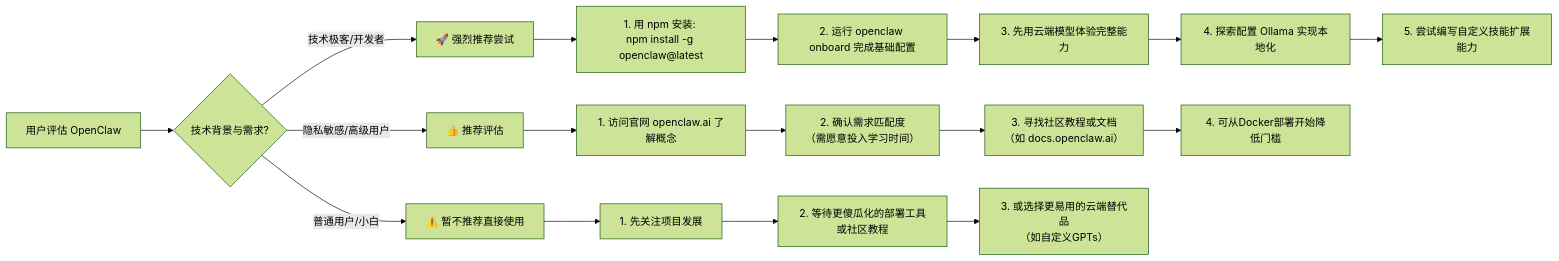
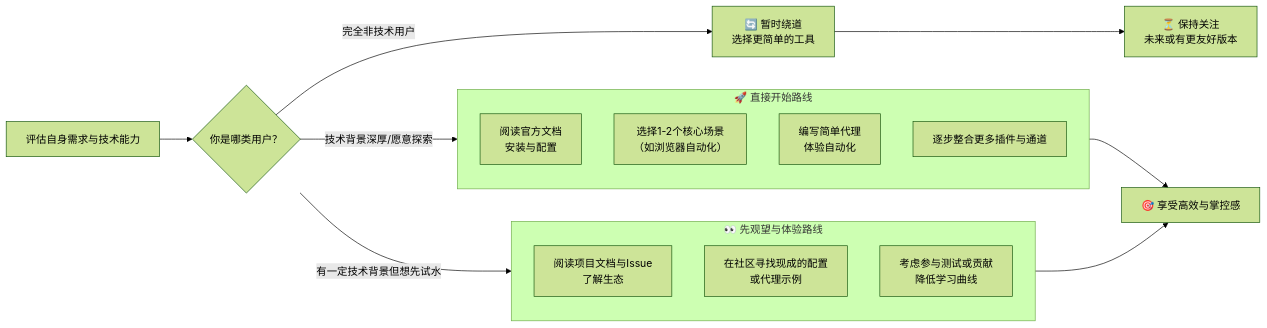
Before and after one commit to iss-tools/github-trending: the second of 2 diagrams in markdown/content/openclaw-openclaw.md, drawn with Mermaid (forest theme). The commit also changed other lines of this file and 57 other files, not shown here.

````diff
--- a/markdown/content/openclaw-openclaw.md
+++ b/markdown/content/openclaw-openclaw.md
@@ -121,22 +159,25 @@
 ```mermaid
 flowchart LR
-    A[用户评估 OpenClaw] --> B{技术背景与需求?}
+    A[评估自身需求与技术能力] --> B{你是哪类用户？};
     
-    B -- 技术极客/开发者 --> C[🚀 强烈推荐尝试]
-    C --> D[1. 用 npm 安装: <br>npm install -g openclaw@latest]
-    D --> E[2. 运行 openclaw onboard 完成基础配置]
-    E --> F[3. 先用云端模型体验完整能力]
-    F --> G[4. 探索配置 Ollama 实现本地化]
-    G --> H[5. 尝试编写自定义技能扩展能力]
+    B -- 技术背景深厚/愿意探索 --> C[🚀 直接开始];
+    B -- 有一定技术背景但想先试水 --> D[👀 先观望与体验];
+    B -- 完全非技术用户 --> E[🔄 暂时绕道<br>选择更简单的工具];
     
-    B -- 隐私敏感/高级用户 --> I[👍 推荐评估]
-    I --> J[1. 访问官网 openclaw.ai 了解概念]
-    J --> K[2. 确认需求匹配度<br>（需愿意投入学习时间）]
-    K --> L[3. 寻找社区教程或文档<br>（如 docs.openclaw.ai）]
-    L --> M[4. 可从Docker部署开始降低门槛]
+    subgraph C [🚀 直接开始路线]
+        C1[阅读官方文档<br>安装与配置]
+        C2[选择1-2个核心场景<br>（如浏览器自动化）]
+        C3[编写简单代理<br>体验自动化]
+        C4[逐步整合更多插件与通道]
+    end
     
-    B -- 普通用户/小白 --> N[⚠️ 暂不推荐直接使用]
-    N --> O[1. 先关注项目发展]
-    O --> P[2. 等待更傻瓜化的部署工具或社区教程]
-    P --> Q[3. 或选择更易用的云端替代品<br>（如自定义GPTs）]
+    subgraph D [👀 先观望与体验路线]
+        D1[阅读项目文档与Issue<br>了解生态]
+        D2[在社区寻找现成的配置<br>或代理示例]
+        D3[考虑参与测试或贡献<br>降低学习曲线]
+    end
+    
+    C --> F[🎯 享受高效与掌控感];
+    D --> F;
+    E --> G[⏳ 保持关注<br>未来或有更友好版本];
 ```
````
